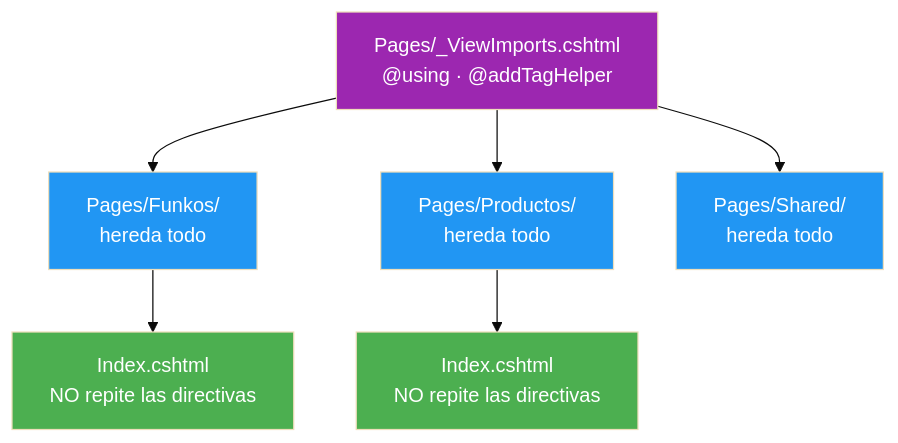
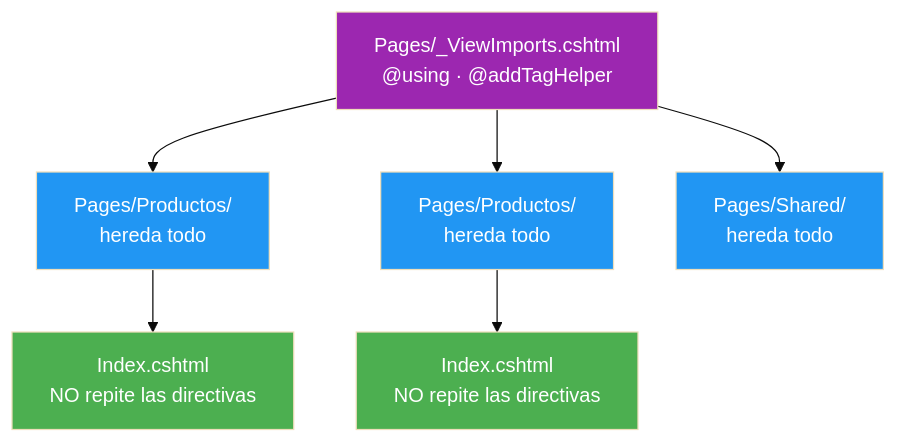
The first of 6 diagrams in 02-directivas-sintaxis.md (joseluisgs/DesarrolloWebEntornosServidor-03-2026-2027), drawn with Mermaid (base theme) before and after one commit. The commit also changed other lines of this file, not shown here.

Commit message:
fix: revisar 02 segun el esquema de UD02: Resumen sin diagrama, estilo de redaccion y Productos fuera del Reto

````diff
--- a/02-directivas-sintaxis.md
+++ b/02-directivas-sintaxis.md
@@ -156,16 +158,16 @@
 ```mermaid
 graph TD
-    A["Pages/_ViewImports.cshtml<br/>@using · @addTagHelper"] --> B["Pages/Funkos/<br/>hereda todo"]
+    A["Pages/_ViewImports.cshtml<br/>@using · @addTagHelper"] --> B["Pages/Productos/<br/>hereda todo"]
     A --> C["Pages/Productos/<br/>hereda todo"]
     A --> D["Pages/Shared/<br/>hereda todo"]
 
     B --> B1["Index.cshtml<br/>NO repite las directivas"]
     C --> C1["Index.cshtml<br/>NO repite las directivas"]
 
     style A fill:#9C27B0,color:#fff
     style B fill:#2196F3,color:#fff
     style C fill:#2196F3,color:#fff
     style D fill:#2196F3,color:#fff
     style B1 fill:#4CAF50,color:#fff
     style C1 fill:#4CAF50,color:#fff
 ```
````
